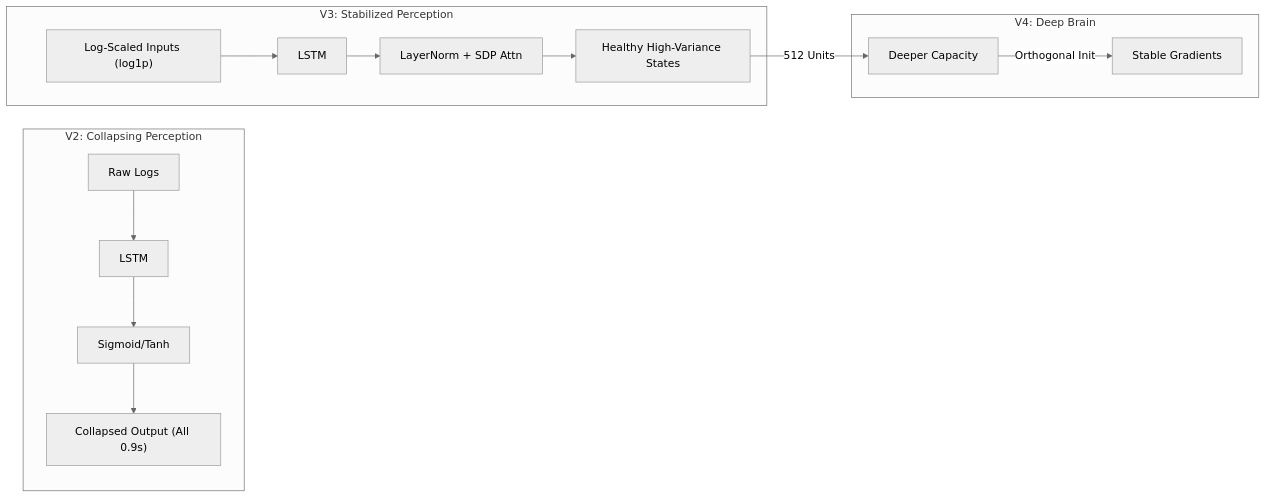
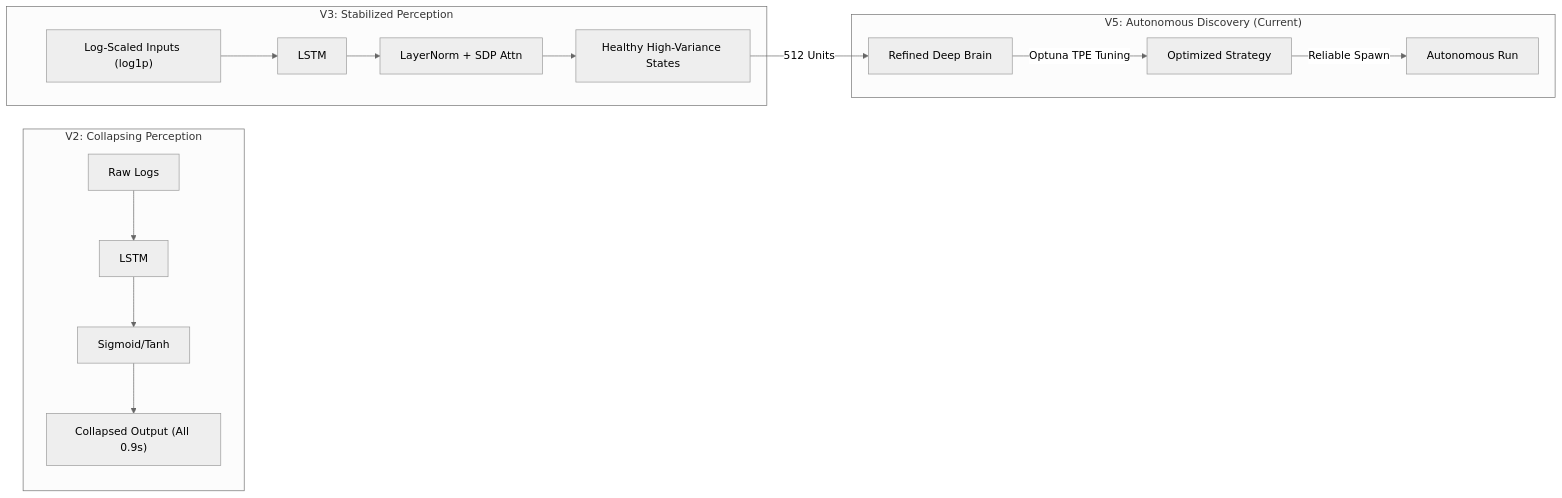
The fifth of 8 diagrams in README.md (didi-09/AI_DRIVEN_SOAR), drawn with Mermaid (neutral theme) before and after one commit. The commit also changed other lines of this file, not shown here.

First line of the commit message:
Revise README for V5 architecture and optimizations

````diff
--- a/README.md
+++ b/README.md
@@ -212,17 +211,18 @@
 ```mermaid
 graph LR
     subgraph "V2: Collapsing Perception"
         I2[Raw Logs] --> L2[LSTM]
         L2 --> Sig[Sigmoid/Tanh]
         Sig --> C["Collapsed Output (All 0.9s)"]
     end
     subgraph "V3: Stabilized Perception"
         I3["Log-Scaled Inputs (log1p)"] --> L3[LSTM]
         L3 --> LN["LayerNorm + SDP Attn"]
         LN --> H["Healthy High-Variance States"]
     end
-    subgraph "V4: Deep Brain"
-        H -->|512 Units| DeepNet["Deeper Capacity"]
-        DeepNet -->|Orthogonal Init| Stable["Stable Gradients"]
+    subgraph "V5: Autonomous Discovery (Current)"
+        H -->|512 Units| DeepNet["Refined Deep Brain"]
+        DeepNet -->|Optuna TPE Tuning| Stable["Optimized Strategy"]
+        Stable -->|Reliable Spawn| Run["Autonomous Run"]
     end
 ```
````
